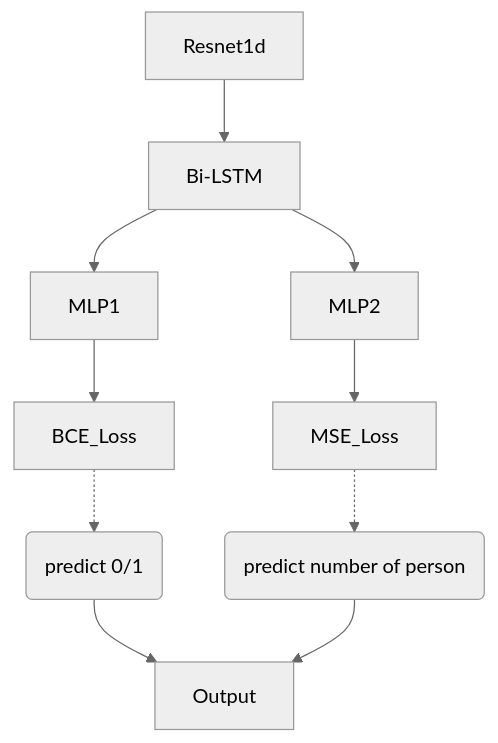
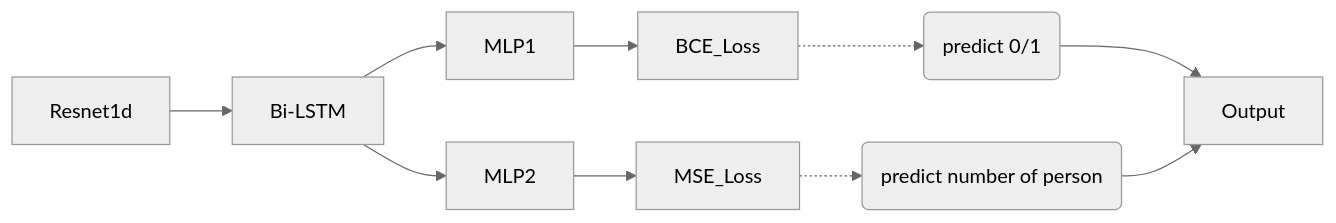
Before and after one commit to Owen1u/WiFi-Localization: the second of 2 diagrams in README.md, drawn with Mermaid (neutral theme). The commit also changed other lines of this file and 83 other files, not shown here.

````diff
--- a/README.md
+++ b/README.md
@@ -10,12 +65,12 @@
 ```mermaid
-graph TD;
+graph LR;
     Resnet1d --> Bi-LSTM;
     Bi-LSTM --> MLP1;
     Bi-LSTM --> MLP2;
     MLP1 --> BCE_Loss;
     MLP2 --> MSE_Loss;
     BCE_Loss -.-> A(predict 0/1);
     MSE_Loss -.-> B(predict number of person);
     A --> Output;
     B --> Output;
 ```
````
